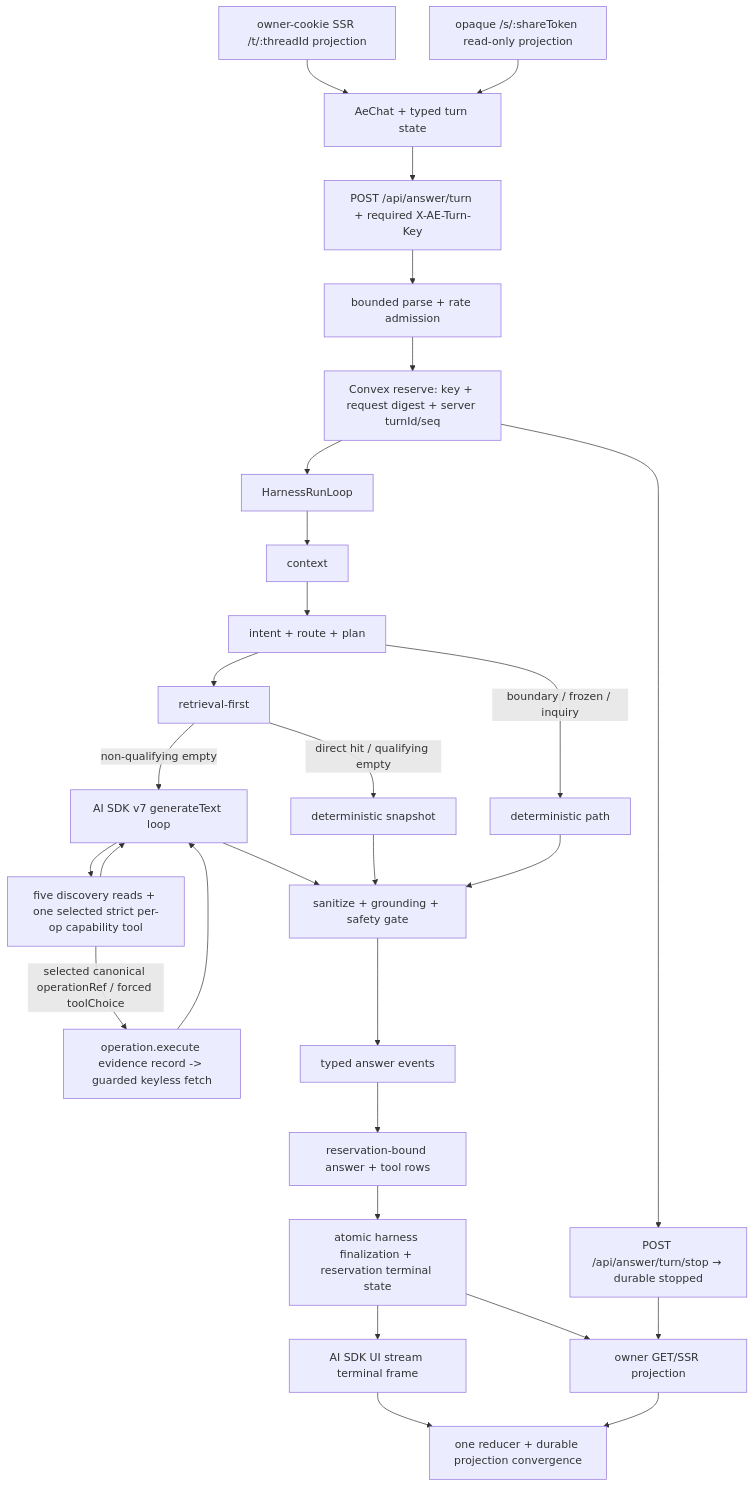
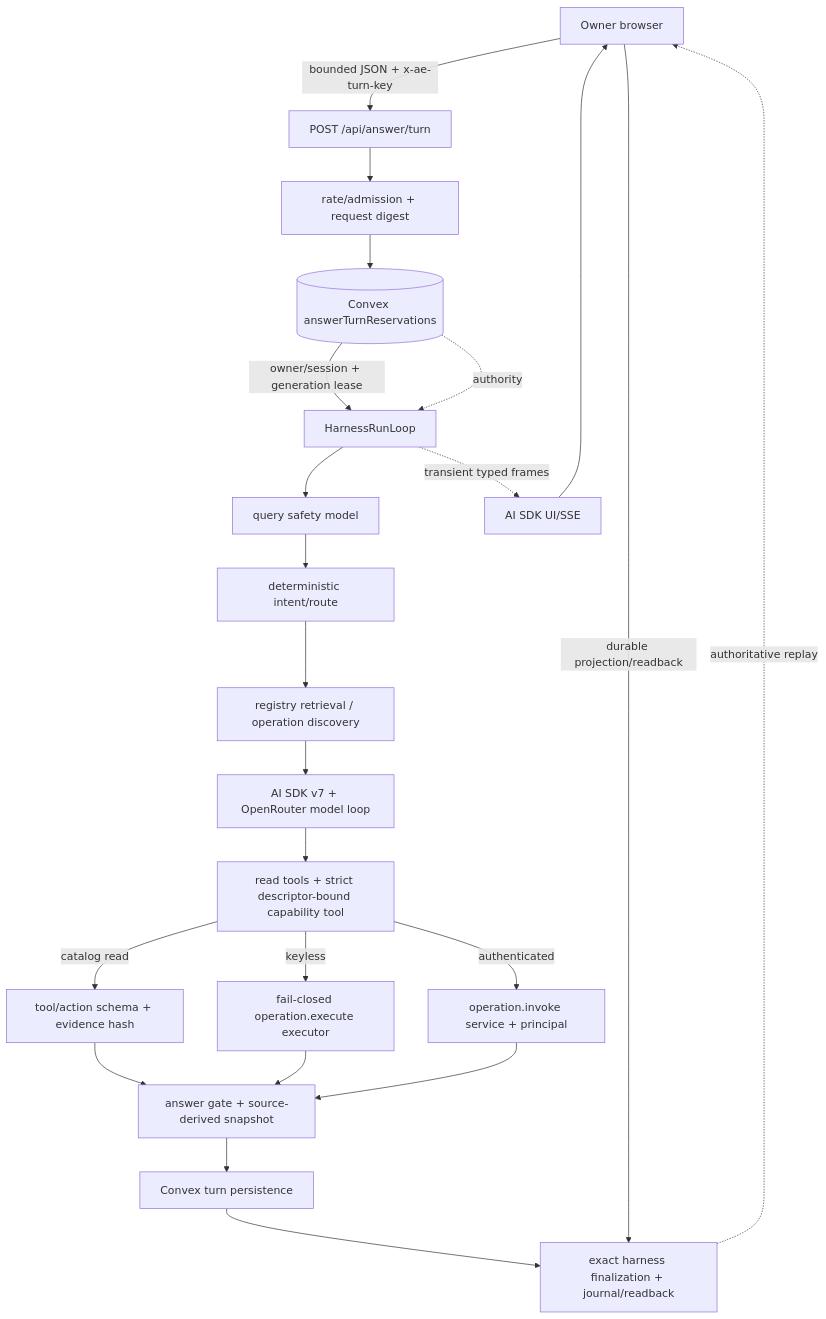
The first of 3 diagrams in .planning/codebase/PROMPT-DATA-FLOW.md (CreasyBear/Agentic-Economy), drawn with Mermaid before and after one commit. The commit also changed other lines of this file and 19 other files, not shown here.

Commit message:
docs: record operation gateway convergence

````diff
--- a/.planning/codebase/PROMPT-DATA-FLOW.md
+++ b/.planning/codebase/PROMPT-DATA-FLOW.md
@@ -71,28 +28,25 @@
 ```mermaid
 flowchart TD
-  SSR["owner-cookie SSR /t/:threadId projection"] --> UI["AeChat + typed turn state"]
-  SHARE["opaque /s/:shareToken read-only projection"] --> UI
-  UI --> HTTP["POST /api/answer/turn + required X-AE-Turn-Key"]
-  HTTP --> ADMIT["bounded parse + rate admission"]
-  ADMIT --> RESERVE["Convex reserve: key + request digest + server turnId/seq"]
-  RESERVE --> LOOP["HarnessRunLoop"]
-  LOOP --> CTX["context"] --> ROUTE["intent + route + plan"]
-  ROUTE --> RET["retrieval-first"]
-  RET -->|direct hit / qualifying empty| SNAP["deterministic snapshot"]
-  RET -->|non-qualifying empty| AGENT["AI SDK v7 generateText loop"]
-  ROUTE -->|boundary / frozen / inquiry| DET["deterministic path"]
-  AGENT --> TOOLS["five discovery reads + one selected strict per-op capability tool"] --> AGENT
-  TOOLS -->|"selected canonical operationRef / forced toolChoice"| EXEC["operation.execute evidence record -> guarded keyless fetch"]
-  EXEC --> AGENT
-  AGENT --> GATE["sanitize + grounding + safety gate"]
-  SNAP --> GATE
-  DET --> GATE
-  GATE --> ASM["typed answer events"] --> PERSIST["reservation-bound answer + tool rows"]
-  PERSIST --> FINAL["atomic harness finalization + reservation terminal state"]
-  FINAL --> SSE["AI SDK UI stream terminal frame"]
-  RESERVE --> STOP["POST /api/answer/turn/stop → durable stopped"]
-  FINAL --> GET["owner GET/SSR projection"]
-  STOP --> GET
-  SSE --> MERGE["one reducer + durable projection convergence"]
-  GET --> MERGE
+  B[Owner browser] -->|bounded JSON + x-ae-turn-key| R[POST /api/answer/turn]
+  R --> A[rate/admission + request digest]
+  A --> C[(Convex answerTurnReservations)]
+  C -->|owner/session + generation lease| H[HarnessRunLoop]
+  H --> S[query safety model]
+  S --> I[deterministic intent/route]
+  I --> D[registry retrieval / operation discovery]
+  D --> M[AI SDK v7 + OpenRouter model loop]
+  M --> T[read tools + strict descriptor-bound capability tool]
+  T -->|catalog read| G[tool/action schema + evidence hash]
+  T -->|keyless| X[fail-closed operation.execute executor]
+  T -->|authenticated| Y[operation.invoke service + principal]
+  G --> Q[answer gate + source-derived snapshot]
+  X --> Q
+  Y --> Q
+  Q --> P[Convex turn persistence]
+  P --> F[exact harness finalization + journal/readback]
+  H -. transient typed frames .-> E[AI SDK UI/SSE]
+  E --> B
+  B -->|durable projection/readback| F
+  C -. authority .-> H
+  F -. authoritative replay .-> B
 ```
````
